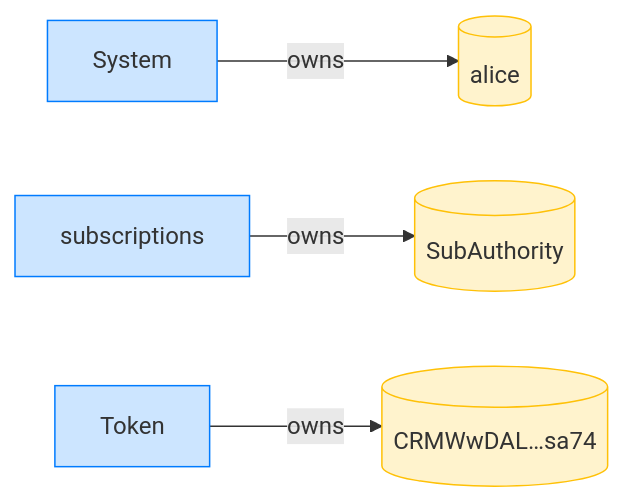
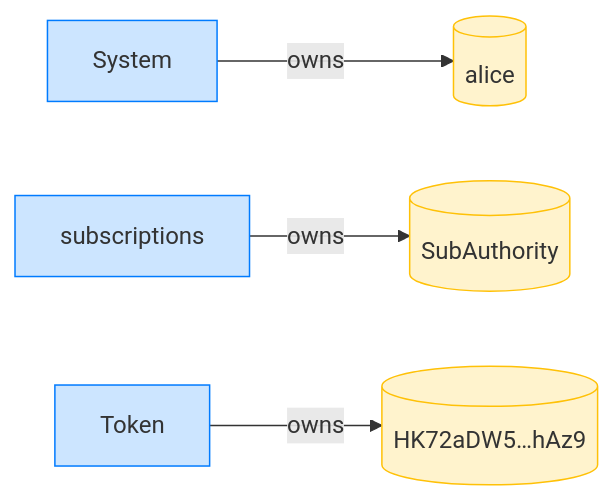
Before and after one commit to cds-rs/subscriptions: the fourth of 8 diagrams in dsl_tests/a-non-delegator-cannot-revoke.md, drawn with Mermaid. The commit also changed other lines of this file and 224 other files, not shown here.

````diff
--- a/dsl_tests/a-non-delegator-cannot-revoke.md
+++ b/dsl_tests/a-non-delegator-cannot-revoke.md
@@ -71,14 +76,14 @@
 ```mermaid
 flowchart LR
     classDef owner fill:#cce5ff,stroke:#007bff;
     classDef account fill:#fff3cd,stroke:#ffc107;
     System[System]:::owner
     alice[(alice)]:::account
     subscriptions[subscriptions]:::owner
     SubAuthority[(SubAuthority)]:::account
     Token[Token]:::owner
-    CRMWwDAL_sa74[("CRMWwDAL…sa74")]:::account
+    HK72aDW5_hAz9[("HK72aDW5…hAz9")]:::account
     System -->|owns| alice
     subscriptions -->|owns| SubAuthority
-    Token -->|owns| CRMWwDAL_sa74
+    Token -->|owns| HK72aDW5_hAz9
 ```
````
